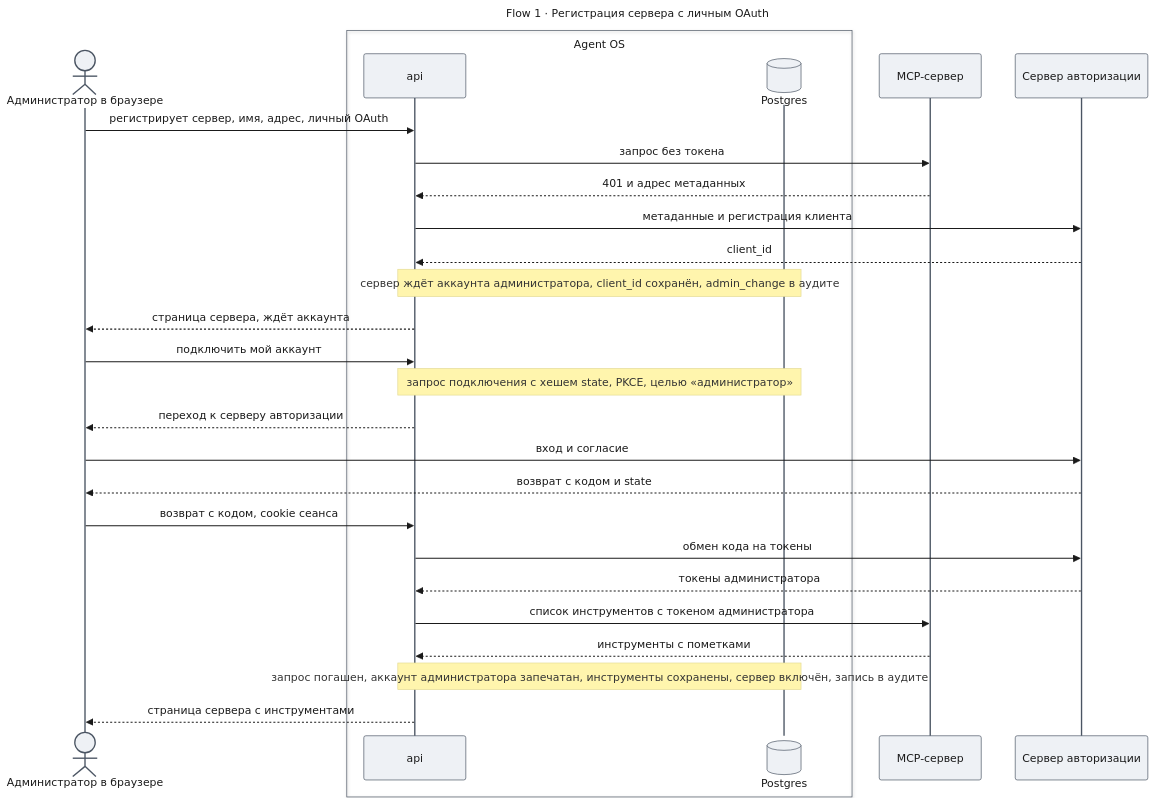
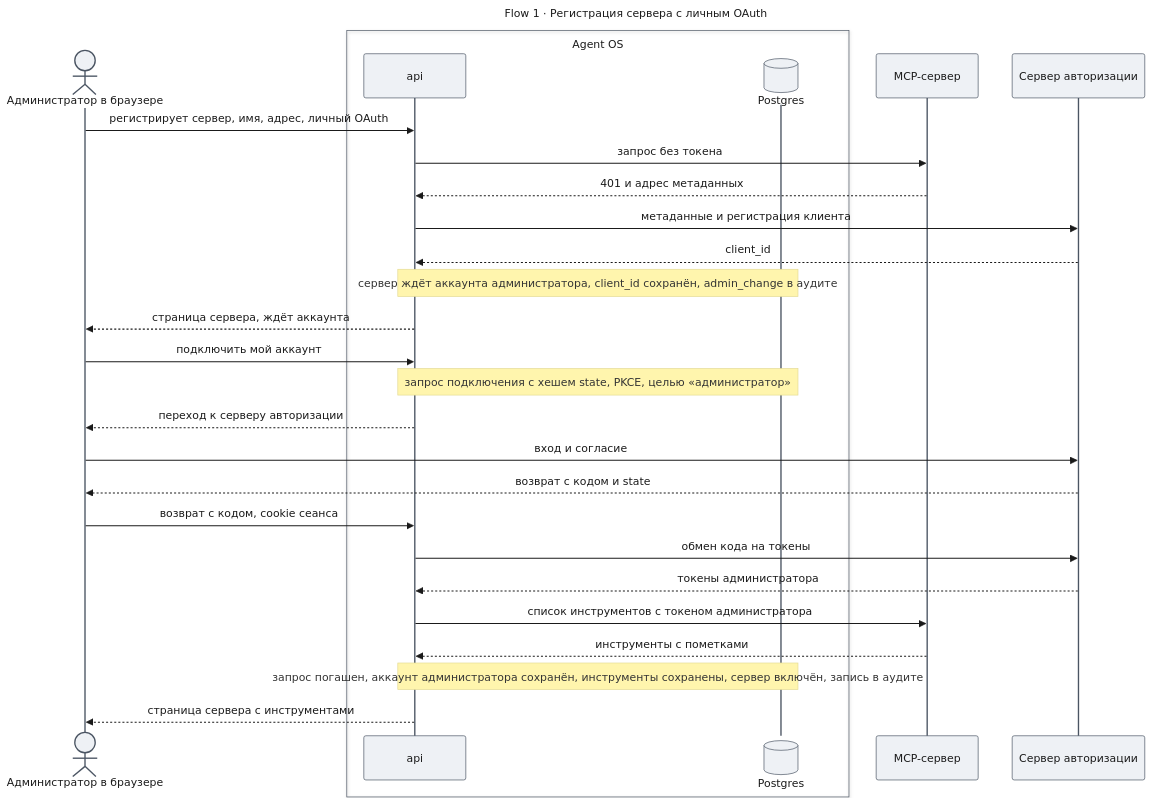
One commit to tundraray/agent-os changed the sixth of 9 diagrams in docs/features/enterprise-access/design-mcp-connect.md. Above: the diagram before and after it, drawn with Mermaid. The commit also changed other lines of this file and 4 other files, not shown here.

````diff
--- a/docs/features/enterprise-access/design-mcp-connect.md
+++ b/docs/features/enterprise-access/design-mcp-connect.md
@@ -495,59 +491,59 @@
 ```mermaid
 ---
 title: "Flow 1 · Регистрация сервера с личным OAuth"
 config:
   theme: base
   look: classic
   themeVariables:
     primaryColor: "#eef1f5"
     primaryBorderColor: "#4b5563"
     primaryTextColor: "#1a1a1a"
     lineColor: "#6b7280"
   themeCSS: |
     @keyframes lit_mf1{0%,5.62%{stroke:#991b1b;stroke-width:6px}6.25%,100%{stroke:#37474f;stroke-width:2px}}
     @keyframes litr_mf1{0%,5.62%{stroke:#1d4ed8;stroke-width:6px}6.25%,100%{stroke:#37474f;stroke-width:2px}}
     .messageLine0[data-id='i0'],.messageLine1[data-id='i0']{animation:lit_mf1 19.2s linear 0s infinite}
     .messageLine0[data-id='i1'],.messageLine1[data-id='i1']{animation:lit_mf1 19.2s linear 1.2s infinite}
     .messageLine0[data-id='i2'],.messageLine1[data-id='i2']{animation:litr_mf1 19.2s linear 2.4s infinite}
     .messageLine0[data-id='i3'],.messageLine1[data-id='i3']{animation:lit_mf1 19.2s linear 3.6s infinite}
     .messageLine0[data-id='i4'],.messageLine1[data-id='i4']{animation:litr_mf1 19.2s linear 4.8s infinite}
     .messageLine0[data-id='i6'],.messageLine1[data-id='i6']{animation:litr_mf1 19.2s linear 6s infinite}
     .messageLine0[data-id='i7'],.messageLine1[data-id='i7']{animation:lit_mf1 19.2s linear 7.2s infinite}
     .messageLine0[data-id='i9'],.messageLine1[data-id='i9']{animation:litr_mf1 19.2s linear 8.4s infinite}
     .messageLine0[data-id='i10'],.messageLine1[data-id='i10']{animation:lit_mf1 19.2s linear 9.6s infinite}
     .messageLine0[data-id='i11'],.messageLine1[data-id='i11']{animation:litr_mf1 19.2s linear 10.8s infinite}
     .messageLine0[data-id='i12'],.messageLine1[data-id='i12']{animation:lit_mf1 19.2s linear 12s infinite}
     .messageLine0[data-id='i13'],.messageLine1[data-id='i13']{animation:lit_mf1 19.2s linear 13.2s infinite}
     .messageLine0[data-id='i14'],.messageLine1[data-id='i14']{animation:litr_mf1 19.2s linear 14.4s infinite}
     .messageLine0[data-id='i15'],.messageLine1[data-id='i15']{animation:lit_mf1 19.2s linear 15.6s infinite}
     .messageLine0[data-id='i16'],.messageLine1[data-id='i16']{animation:litr_mf1 19.2s linear 16.8s infinite}
     .messageLine0[data-id='i18'],.messageLine1[data-id='i18']{animation:litr_mf1 19.2s linear 18s infinite}
 ---
 sequenceDiagram
     actor U as Администратор в браузере
     box Agent OS
     participant A as api
     participant DB@{ "type": "database" } as Postgres
     end
     participant M as MCP-сервер
     participant S as Сервер авторизации
     U->>A: регистрирует сервер, имя, адрес, личный OAuth
     A->>M: запрос без токена
     M-->>A: 401 и адрес метаданных
     A->>S: метаданные и регистрация клиента
     S-->>A: client_id
     Note over A,DB: сервер ждёт аккаунта администратора, client_id сохранён, admin_change в аудите
     A-->>U: страница сервера, ждёт аккаунта
     U->>A: подключить мой аккаунт
     Note over A,DB: запрос подключения с хешем state, PKCE, целью «администратор»
     A-->>U: переход к серверу авторизации
     U->>S: вход и согласие
     S-->>U: возврат с кодом и state
     U->>A: возврат с кодом, cookie сеанса
     A->>S: обмен кода на токены
     S-->>A: токены администратора
     A->>M: список инструментов с токеном администратора
     M-->>A: инструменты с пометками
-    Note over A,DB: запрос погашен, аккаунт администратора запечатан, инструменты сохранены, сервер включён, запись в аудите
+    Note over A,DB: запрос погашен, аккаунт администратора сохранён, инструменты сохранены, сервер включён, запись в аудите
     A-->>U: страница сервера с инструментами
 ```
````
